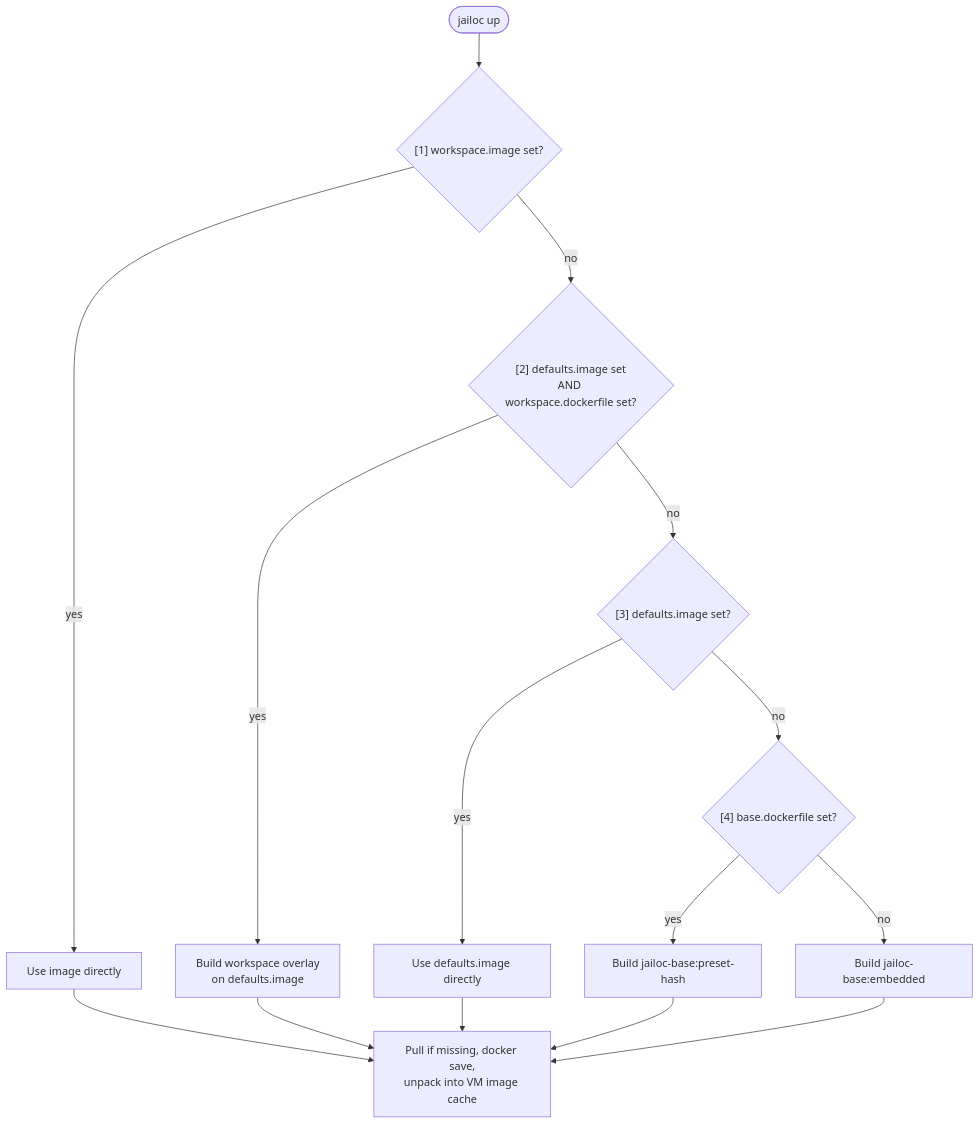
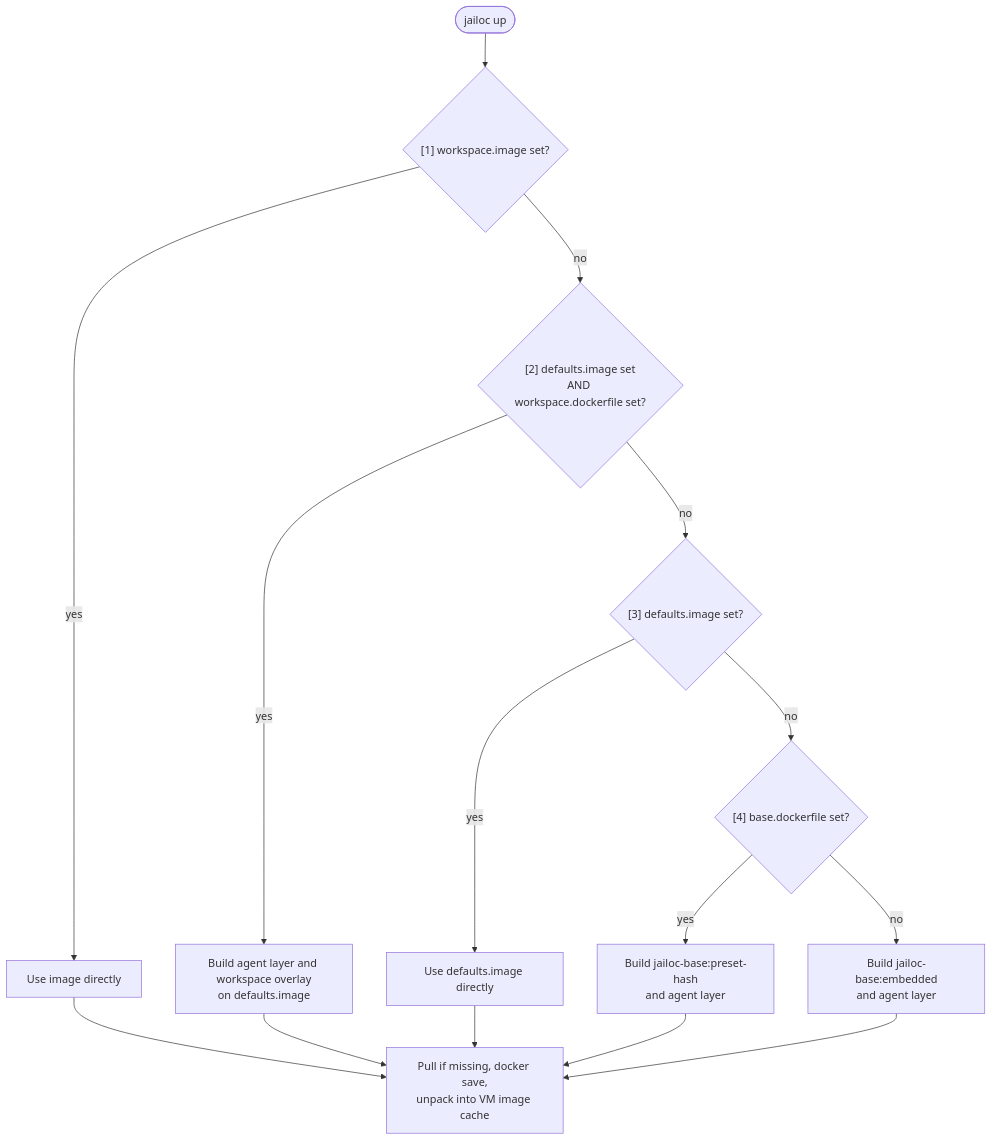
One commit to seznam/jailoc changed the diagram in docs/reference/image-resolution.md. Above: the diagram before and after it, drawn with Mermaid. The commit also changed other lines of this file and 43 other files, not shown here.

````diff
--- a/docs/reference/image-resolution.md
+++ b/docs/reference/image-resolution.md
@@ -24,13 +24,13 @@
 ```mermaid
 flowchart TD
   start(["jailoc up"]) --> s1{"[1] workspace.image set?"}
   s1 -- yes --> r1["Use image directly"]
   s1 -- no --> s2{"[2] defaults.image set<br>AND workspace.dockerfile set?"}
-  s2 -- yes --> r2["Build workspace overlay<br>on defaults.image"]
+  s2 -- yes --> r2["Build agent layer and workspace overlay<br>on defaults.image"]
   s2 -- no --> s3{"[3] defaults.image set?"}
   s3 -- yes --> r3["Use defaults.image directly"]
   s3 -- no --> s4{"[4] base.dockerfile set?"}
-  s4 -- yes --> r4["Build jailoc-base:preset-hash"]
-  s4 -- no --> r5["Build jailoc-base:embedded"]
+  s4 -- yes --> r4["Build jailoc-base:preset-hash<br>and agent layer"]
+  s4 -- no --> r5["Build jailoc-base:embedded<br>and agent layer"]
   r1 & r2 & r3 & r4 & r5 --> unpack["Pull if missing, docker save,<br>unpack into VM image cache"]
 ```
````
